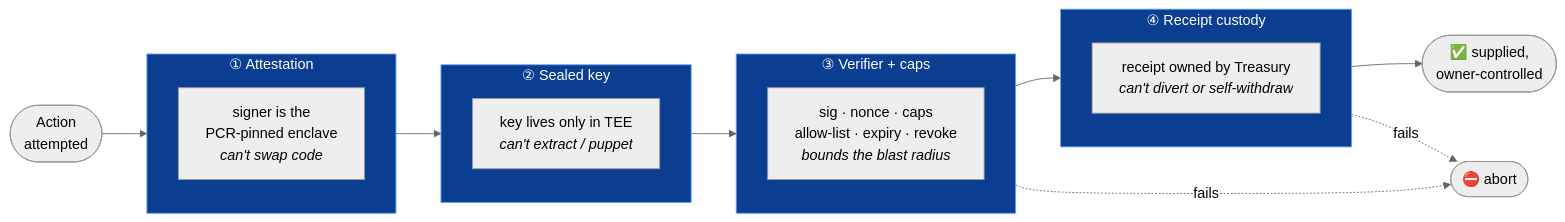
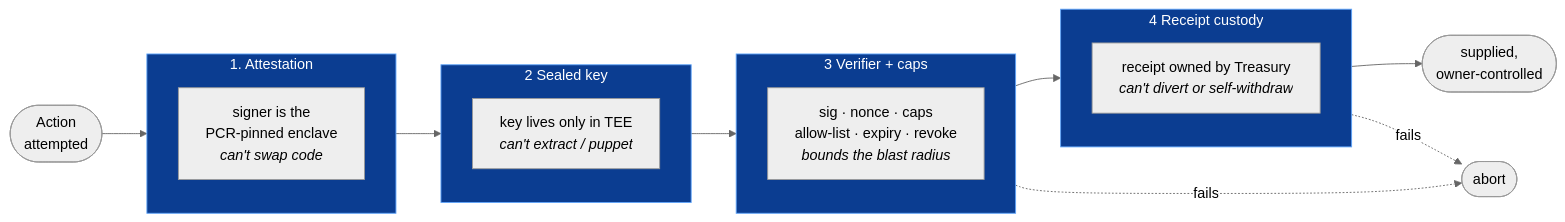
The sixth of 9 diagrams in docs/treasury-agent-design.md (speedxgul/looping-agent), drawn with Mermaid (neutral theme) before and after one commit. The commit also changed other lines of this file and 13 other files, not shown here.

````diff
--- a/docs/treasury-agent-design.md
+++ b/docs/treasury-agent-design.md
@@ -382,21 +393,21 @@
 ```mermaid
 flowchart LR
     A(["Action<br/>attempted"]) --> L1
-    subgraph L1["① Attestation"]
+    subgraph L1["1. Attestation"]
         d1["signer is the<br/>PCR-pinned enclave<br/><i>can't swap code</i>"]
     end
-    subgraph L2["② Sealed key"]
+    subgraph L2["2 Sealed key"]
         d2["key lives only in TEE<br/><i>can't extract / puppet</i>"]
     end
-    subgraph L3["③ Verifier + caps"]
+    subgraph L3["3 Verifier + caps"]
         d3["sig · nonce · caps<br/>allow-list · expiry · revoke<br/><i>bounds the blast radius</i>"]
     end
-    subgraph L4["④ Receipt custody"]
+    subgraph L4["4 Receipt custody"]
         d4["receipt owned by Treasury<br/><i>can't divert or self-withdraw</i>"]
     end
-    L1 --> L2 --> L3 --> L4 --> OK(["✅ supplied,<br/>owner-controlled"])
-    L3 -. "fails" .-> STOP(["⛔ abort"])
+    L1 --> L2 --> L3 --> L4 --> OK(["supplied,<br/>owner-controlled"])
+    L3 -. "fails" .-> STOP(["abort"])
     L4 -. "fails" .-> STOP
     classDef layer fill:#0b3d91,stroke:#60a5fa,color:#fff;
     class L1,L2,L3,L4 layer;
 ```
````
